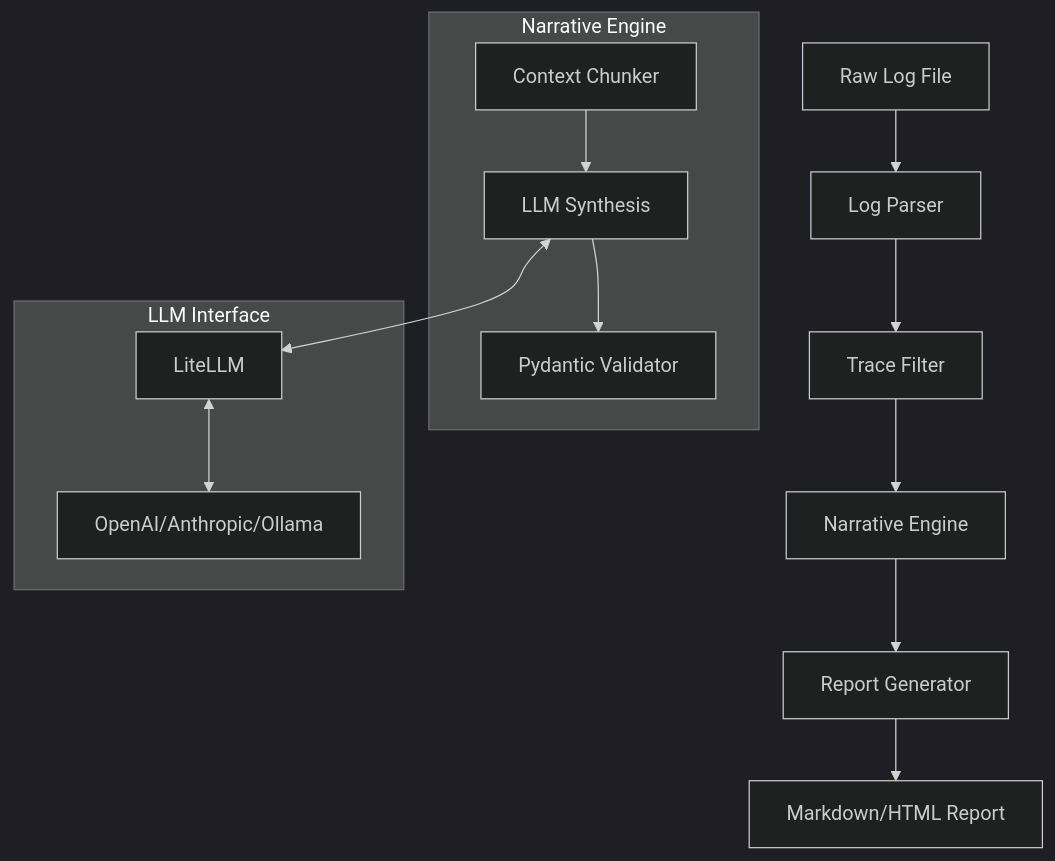
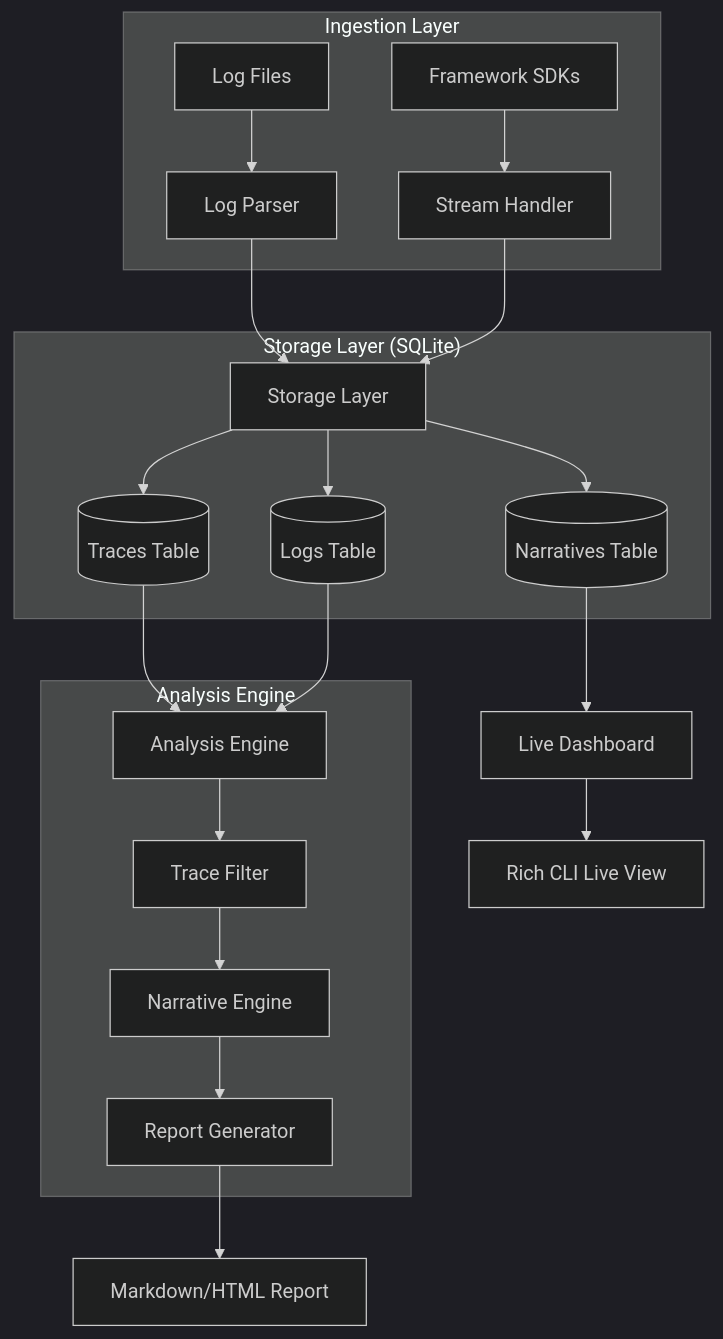
The diagram in docs/technical-architecture.md (prof-lijar/tiny-company), drawn with Mermaid (dark theme) before and after one commit. The commit also changed other lines of this file and 1 other file, not shown here.

````diff
--- a/docs/technical-architecture.md
+++ b/docs/technical-architecture.md
@@ -10,18 +15,28 @@
 ```mermaid
 graph TD
-    A[Raw Log File] --> B[Log Parser]
-    B --> C[Trace Filter]
-    C --> D[Narrative Engine]
-    D --> E[Report Generator]
-    E --> F[Markdown/HTML Report]
-    
-    subgraph "Narrative Engine"
-        D1[Context Chunker] --> D2[LLM Synthesis]
-        D2 --> D3[Pydantic Validator]
+    subgraph "Ingestion Layer"
+        A[Log Files] --> B[Log Parser]
+        C[Framework SDKs] --> D[Stream Handler]
     end
-    
-    subgraph "LLM Interface"
-        D2 <--> G[LiteLLM]
-        G <--> H[OpenAI/Anthropic/Ollama]
+
+    B --> E[Storage Layer]
+    D --> E[Storage Layer]
+
+    subgraph "Storage Layer (SQLite)"
+        E --> E1[(Traces Table)]
+        E --> E2[(Logs Table)]
+        E --> E3[(Narratives Table)]
     end
+
+    E1 & E2 --> F[Analysis Engine]
+    E3 --> G[Live Dashboard]
+
+    subgraph "Analysis Engine"
+        F --> F1[Trace Filter]
+        F1 --> F2[Narrative Engine]
+        F2 --> F3[Report Generator]
+    end
+
+    F3 --> H[Markdown/HTML Report]
+    G --> I[Rich CLI Live View]
 ```
````
